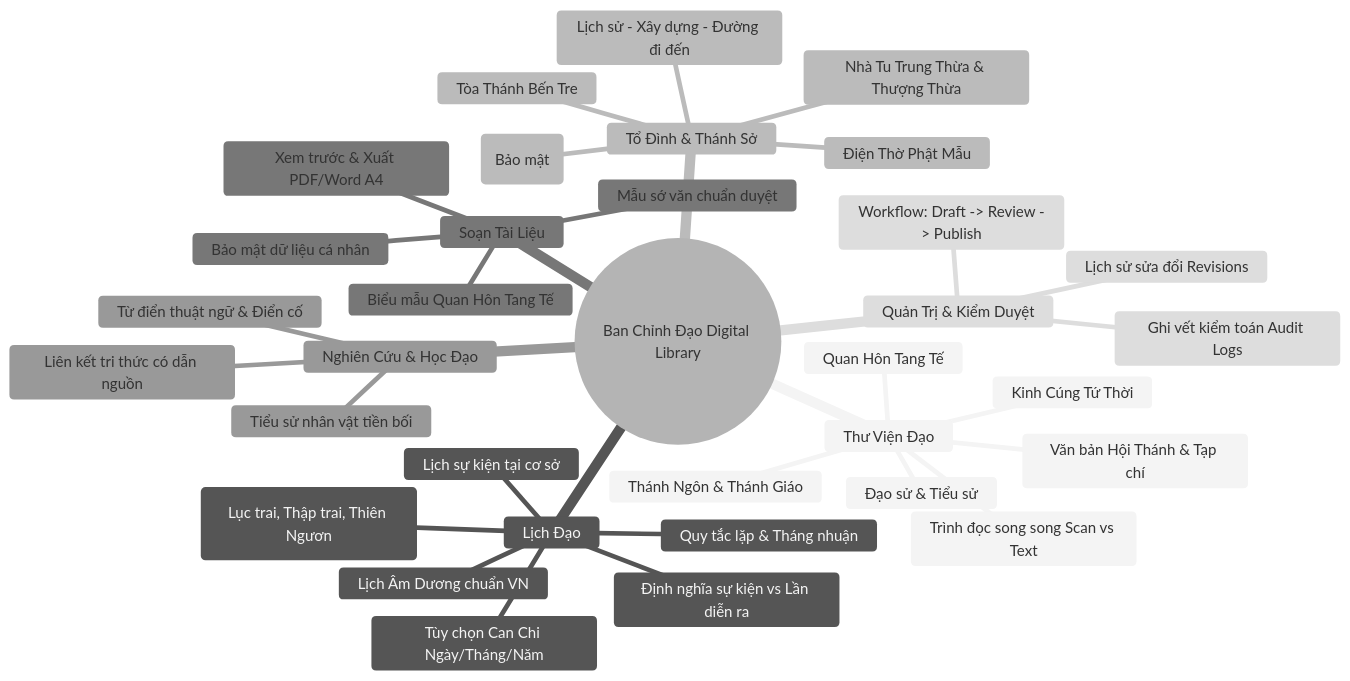
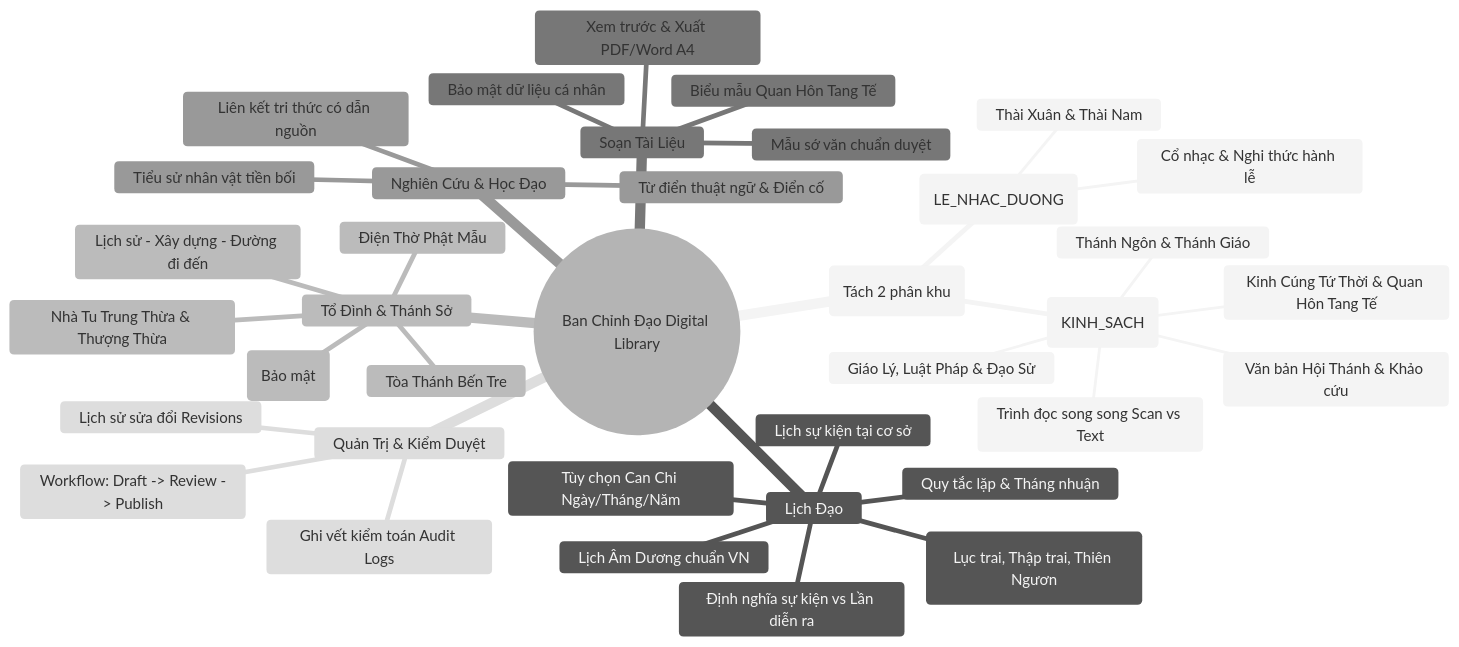
The diagram in docs/01-business/BRD.md (DG-Kit/CaoDai-BCD), drawn with Mermaid (neutral theme) before and after one commit. The commit also changed 17 other files, not shown here.

````diff
--- a/docs/01-business/BRD.md
+++ b/docs/01-business/BRD.md
@@ -52,37 +52,40 @@
 ```mermaid
 mindmap
   root((Ban Chỉnh Đạo Digital Library))
-    Thư Viện Đạo
-      Kinh Cúng Tứ Thời
-      Quan Hôn Tang Tế
-      Thánh Ngôn & Thánh Giáo
-      Đạo sử & Tiểu sử
-      Văn bản Hội Thánh & Tạp chí
-      Trình đọc song song Scan vs Text
+    Thư Viện Đạo (Tách 2 phân khu)
+      Kinh Sách (KINH_SACH)
+        Kinh Cúng Tứ Thời & Quan Hôn Tang Tế
+        Thánh Ngôn & Thánh Giáo
+        Giáo Lý, Luật Pháp & Đạo Sử
+        Văn bản Hội Thánh & Khảo cứu
+        Trình đọc song song Scan vs Text
+      Tài Liệu Lễ Nhạc Đường (LE_NHAC_DUONG)
+        Thài Xuân & Thài Nam
+        Cổ nhạc & Nghi thức hành lễ
     Lịch Đạo
       Lịch Âm Dương chuẩn VN
       Định nghĩa sự kiện vs Lần diễn ra
       Quy tắc lặp & Tháng nhuận
       Trai kỳ (Lục trai, Thập trai, Thiên Ngươn)
       Tùy chọn Can Chi Ngày/Tháng/Năm
       Lịch sự kiện tại cơ sở
     Tổ Đình & Thánh Sở
       Tòa Thánh Bến Tre
       Điện Thờ Phật Mẫu
       Nhà Tu Trung Thừa & Thượng Thừa
       Lịch sử - Xây dựng - Đường đi đến
       Danh mục Thánh Thất thu gọn (Bảo mật)
     Soạn Tài Liệu
       Mẫu sớ văn chuẩn duyệt
       Biểu mẫu Quan Hôn Tang Tế
       Xem trước & Xuất PDF/Word A4
       Bảo mật dữ liệu cá nhân
     Nghiên Cứu & Học Đạo
       Từ điển thuật ngữ & Điển cố
       Tiểu sử nhân vật tiền bối
       Liên kết tri thức có dẫn nguồn
     Quản Trị & Kiểm Duyệt
       Workflow: Draft -> Review -> Publish
       Lịch sử sửa đổi Revisions
       Ghi vết kiểm toán Audit Logs
 ```
````
